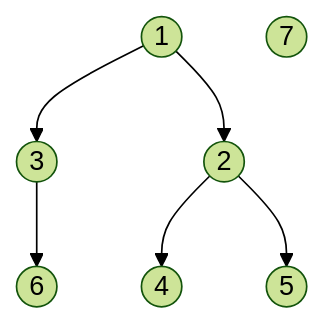
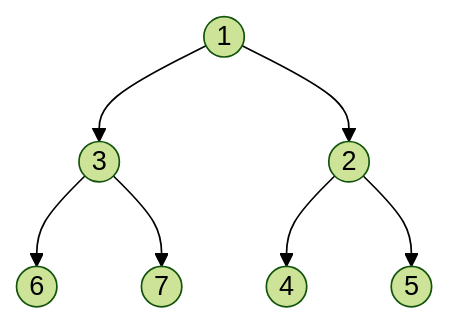
The diagram in terminale/Structures_arborescentes_de_données/Arbres_binaires.md (boddaert/nsi), drawn with Mermaid (forest theme) before and after one commit.

````diff
--- a/terminale/Structures_arborescentes_de_données/Arbres_binaires.md
+++ b/terminale/Structures_arborescentes_de_données/Arbres_binaires.md
@@ -15,15 +15,16 @@
 ```mermaid
 flowchart TB
     A((1))
     B((2))
     C((3))
     D((4))
     E((5))
     F((6))
     G((7))
     A --> C
     A --> B
     B --> D
     B --> E
     C --> F
+    C --> G
 ```
````
